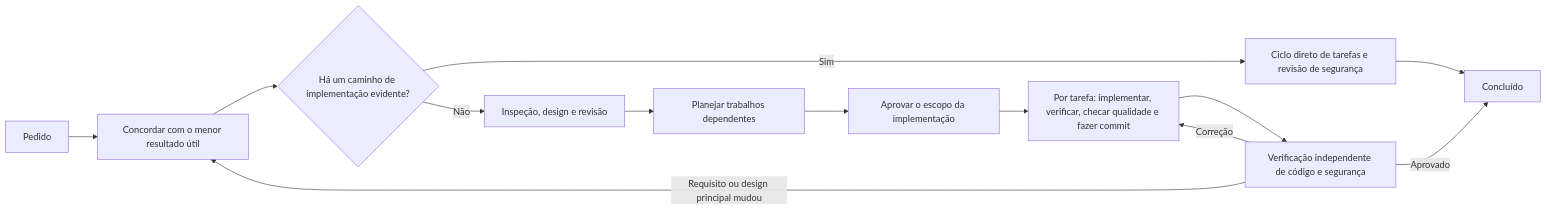
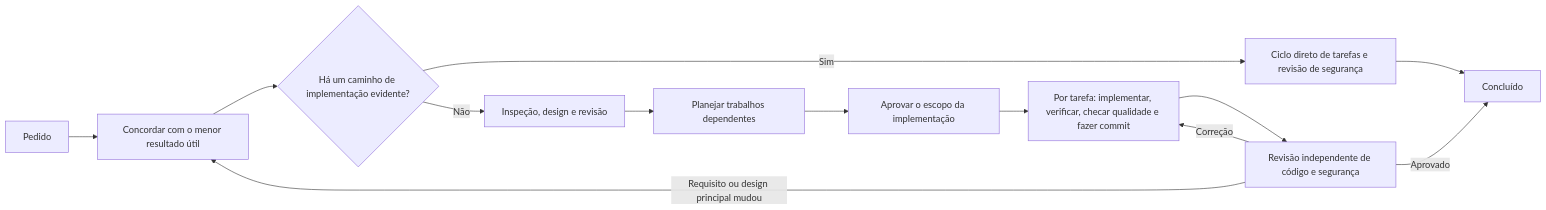
The diagram in README.pt-BR.md (shinpr/codex-workflows), drawn with Mermaid before and after one commit. The commit also changed other lines of this file and 5 other files, not shown here.

````diff
--- a/README.pt-BR.md
+++ b/README.pt-BR.md
@@ -81,15 +82,15 @@
 ```mermaid
 flowchart LR
     A[Pedido] --> B[Concordar com o menor resultado útil]
     B --> C{Há um caminho de implementação evidente?}
     C -->|Sim| S[Ciclo direto de tarefas e revisão de segurança]
     S --> L[Concluído]
     C -->|Não| D[Inspeção, design e revisão]
     D --> E[Planejar trabalhos dependentes]
     E --> F[Aprovar o escopo da implementação]
     F --> H[Por tarefa: implementar, verificar, checar qualidade e fazer commit]
-    H --> K[Verificação independente de código e segurança]
+    H --> K[Revisão independente de código e segurança]
     K -->|Correção| H
     K -->|Requisito ou design principal mudou| B
     K -->|Aprovado| L[Concluído]
 ```
````
